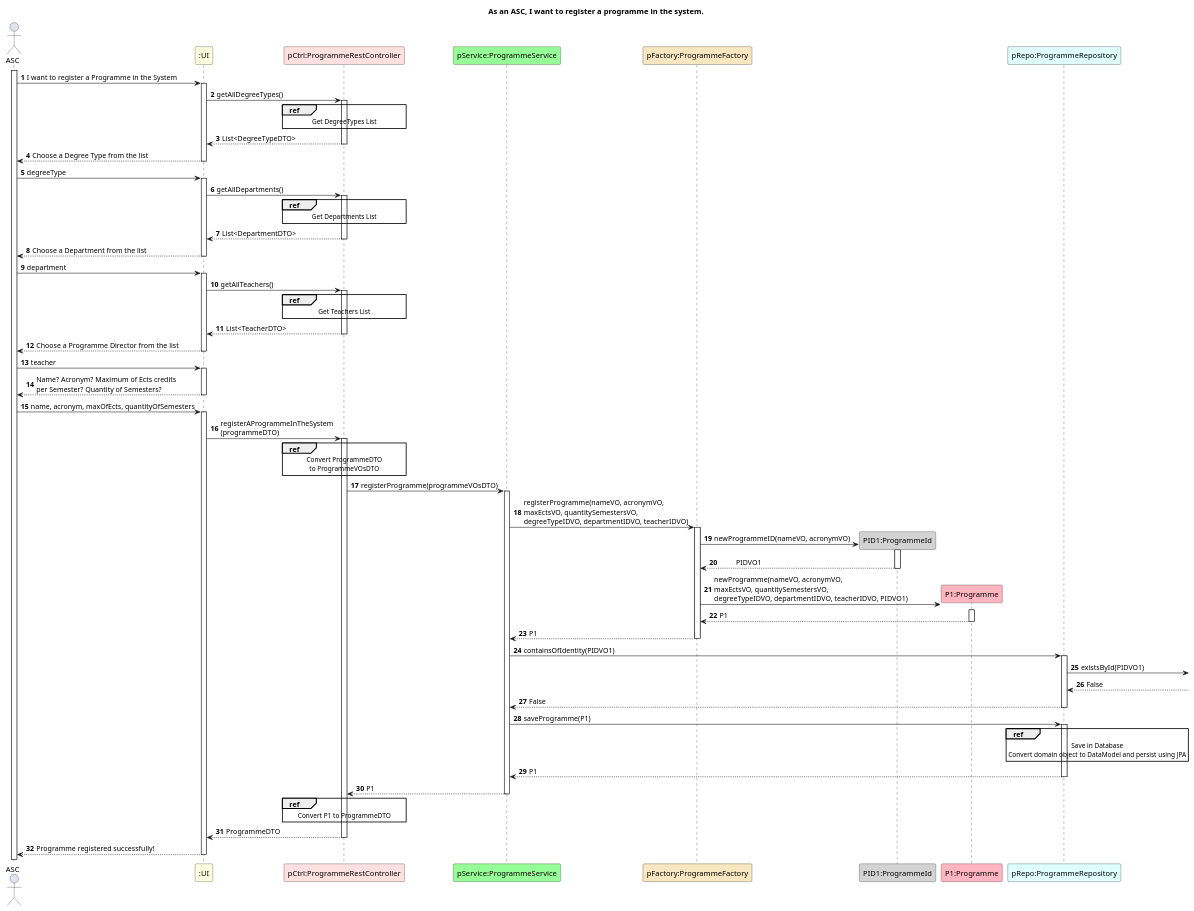
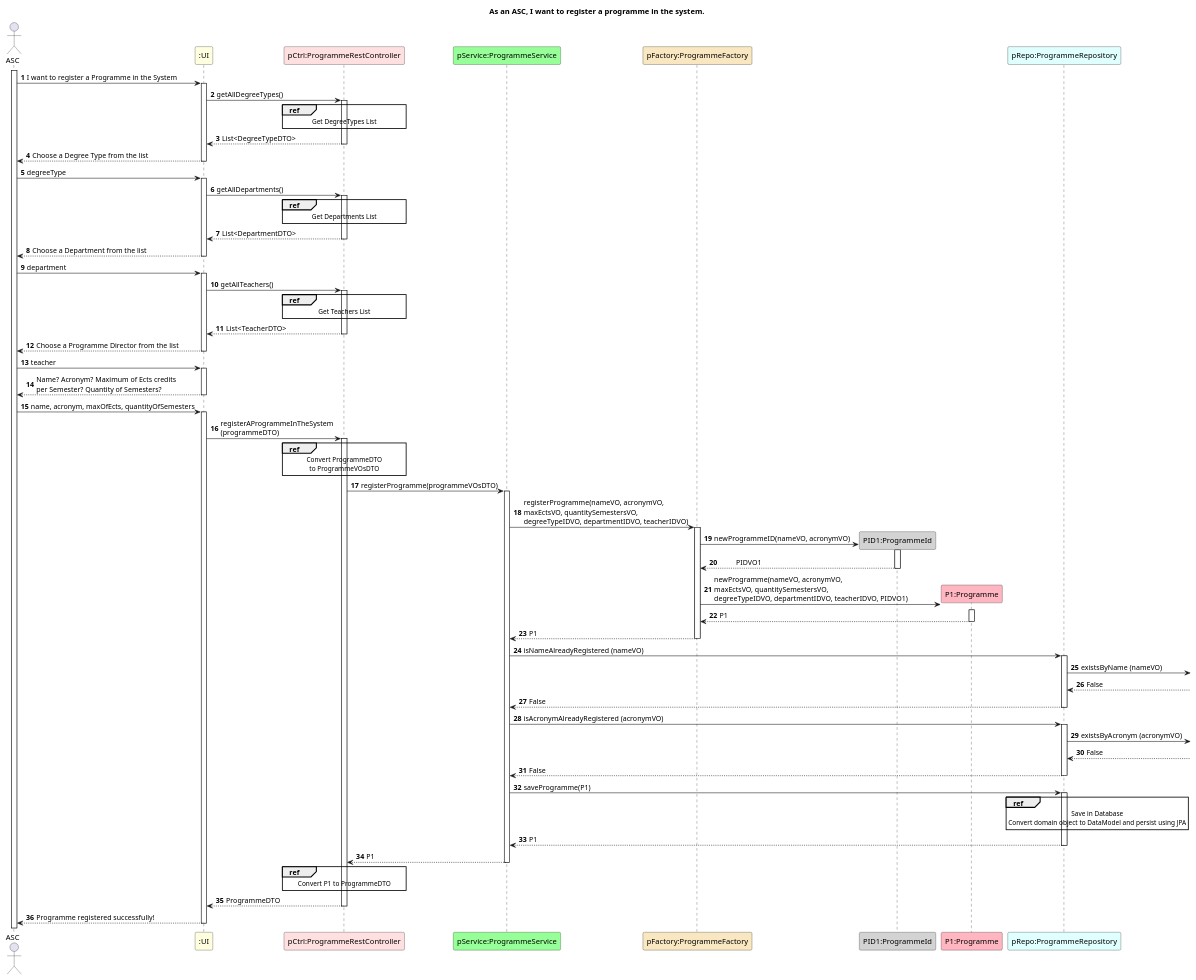
The diagram in docs/US31/ScenarioView/Level4.puml (GasparISEP/DevOps-PAI), drawn with PlantUML before and after one commit. The commit also changed 4 other files, not shown here.

Commit message:
Ref #505, #523: Alter method name in Level3 ProcessView Diagram and Level4 ScenarioView Diagrama

```diff
--- a/docs/US31/ScenarioView/Level4.puml
+++ b/docs/US31/ScenarioView/Level4.puml
@@ -1,102 +1,106 @@
 @startuml
 autonumber
 
 title As an ASC, I want to register a programme in the system.
 
 actor ASC as Admin
 
 participant ":UI" as UI #lightyellow
 participant "pCtrl:ProgrammeRestController" as C #implementation
 participant "pService:ProgrammeService" as PS #physical
 participant "pFactory:ProgrammeFactory" as PF #strategy
 participant "PID1:ProgrammeId" as PID #lightgrey
 participant "P1:Programme" as P #lightpink
 participant "pRepo:ProgrammeRepository" as PR #lightcyan
 
 activate Admin
 Admin -> UI ++: I want to register a Programme in the System
 
 UI -> C ++: getAllDegreeTypes()
 
 ref over C
           Get DegreeTypes List
 end ref
 
 C --> UI --: List<DegreeTypeDTO>
 
 UI --> Admin --: Choose a Degree Type from the list
 
 Admin -> UI ++: degreeType
 
 UI -> C ++: getAllDepartments()
 
 ref over C
           Get Departments List
 end ref
 
 C --> UI --: List<DepartmentDTO>
 
 UI --> Admin --: Choose a Department from the list
 
 Admin -> UI ++: department
 
 UI -> C ++: getAllTeachers()
 
 ref over C
           Get Teachers List
 end ref
 
 C --> UI --: List<TeacherDTO>
 
 UI --> Admin --: Choose a Programme Director from the list
 
 Admin -> UI ++: teacher
 
 UI --> Admin --: Name? Acronym? Maximum of Ects credits\nper Semester? Quantity of Semesters?
 
 Admin -> UI ++: name, acronym, maxOfEcts, quantityOfSemesters
 
 UI -> C ++: registerAProgrammeInTheSystem \n(programmeDTO)
 
 ref over C
     Convert ProgrammeDTO
     to ProgrammeVOsDTO
 end ref
 
 C -> PS ++: registerProgramme(programmeVOsDTO)
 
 PS -> PF ++: registerProgramme(nameVO, acronymVO, \nmaxEctsVO, quantitySemestersVO, \ndegreeTypeIDVO, departmentIDVO, teacherIDVO)
 
 PF -> PID **: newProgrammeID(nameVO, acronymVO)
 activate PID
 PID --> PF --: \t PIDVO1
 PF -> P **: newProgramme(nameVO, acronymVO, \nmaxEctsVO, quantitySemestersVO, \ndegreeTypeIDVO, departmentIDVO, teacherIDVO, PIDVO1)
 activate P
 
 P --> PF --: P1
 PF --> PS --: P1
 
-PS -> PR++ :containsOfIdentity(PIDVO1)
-PR -> : existsById(PIDVO1)
+PS -> PR++ :isNameAlreadyRegistered (nameVO)
+PR -> : existsByName (nameVO)
+PR <-- : False
+PR --> PS-- : False
+PS -> PR++ :isAcronymAlreadyRegistered (acronymVO)
+PR -> : existsByAcronym (acronymVO)
 PR <-- : False
 PR --> PS-- : False
 PS -> PR ++: saveProgramme(P1)
 
 ref over PR
     Save in Database
     Convert domain object to DataModel and persist using JPA
 end ref
 
 PR --> PS --: P1
 
 PS --> C --: P1
 
 ref over C
     Convert P1 to ProgrammeDTO
 end ref
 
 C --> UI --: ProgrammeDTO
 
 UI --> Admin --: Programme registered successfully!
 
 @enduml
```
